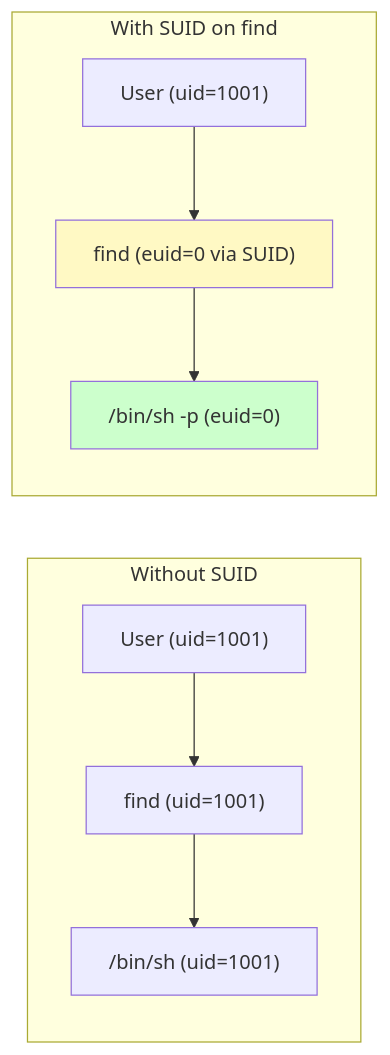
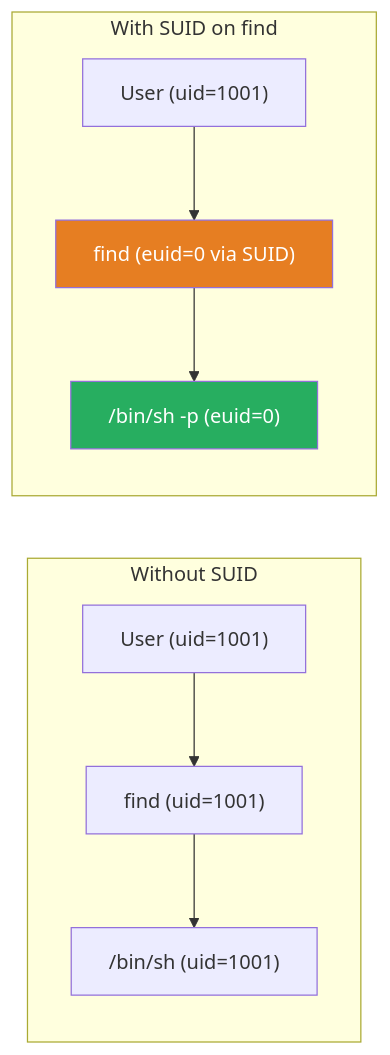
Before and after one commit to morimori-dev/morimori-dev.github.io: the third of 3 diagrams in _posts/2026-02-27-tech-suid-find-privesc.md, drawn with Mermaid. The commit also changed other lines of this file, not shown here.

````diff
--- a/_posts/2026-02-27-tech-suid-find-privesc.md
+++ b/_posts/2026-02-27-tech-suid-find-privesc.md
@@ -179,21 +179,21 @@
 ```mermaid
 flowchart LR
     subgraph "Without SUID"
         direction TB
         U1["User (uid=1001)"]
         F1["find (uid=1001)"]
         S1["/bin/sh (uid=1001)"]
         U1 --> F1 --> S1
     end
 
     subgraph "With SUID on find"
         direction TB
         U2["User (uid=1001)"]
         F2["find (euid=0 via SUID)"]
         S2["/bin/sh -p (euid=0)"]
         U2 --> F2 --> S2
     end
 
-    style S2 fill:#ccffcc
-    style F2 fill:#fff9c4
+    style S2 fill:#27ae60,color:#fff
+    style F2 fill:#e67e22,color:#fff
 ```
````
